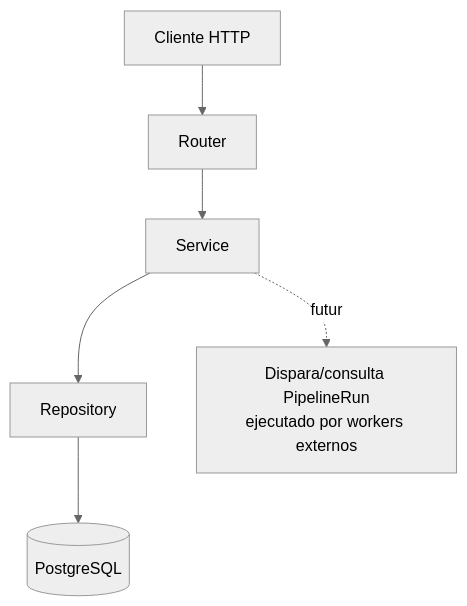
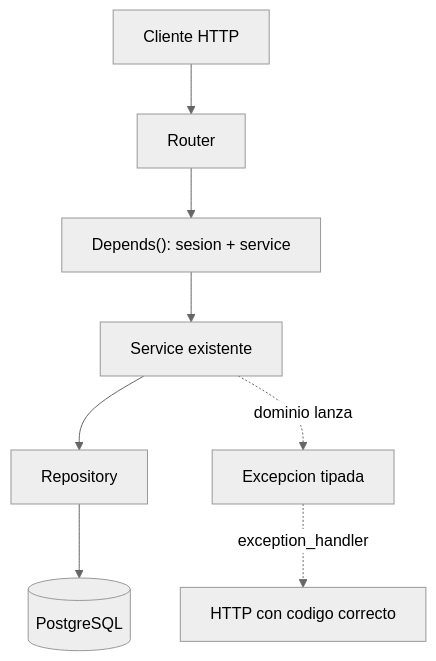
The second of 2 diagrams in docs/BACKEND_ARCHITECTURE.md (gchiham/media-intelligence-platform), drawn with Mermaid (neutral theme) before and after one commit. The commit also changed other lines of this file and 16 other files, not shown here.

````diff
--- a/docs/BACKEND_ARCHITECTURE.md
+++ b/docs/BACKEND_ARCHITECTURE.md
@@ -158,8 +160,10 @@
 ```mermaid
 flowchart TD
     A[Cliente HTTP] --> B[Router]
-    B --> C[Service]
-    C --> D[Repository]
-    D --> E[(PostgreSQL)]
-    C -.futuro.-> F[Dispara/consulta PipelineRun<br/>ejecutado por workers externos]
+    B --> C["Depends(): sesion + service"]
+    C --> D[Service existente]
+    D --> E[Repository]
+    E --> F[(PostgreSQL)]
+    D -.dominio lanza.-> G[Excepcion tipada]
+    G -.exception_handler.-> H[HTTP con codigo correcto]
 ```
````
